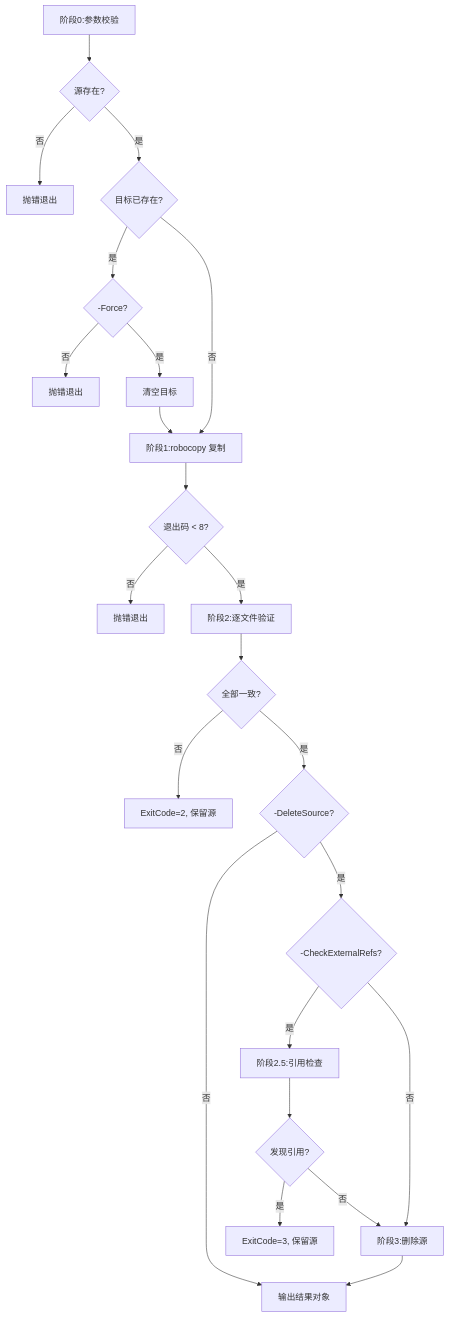
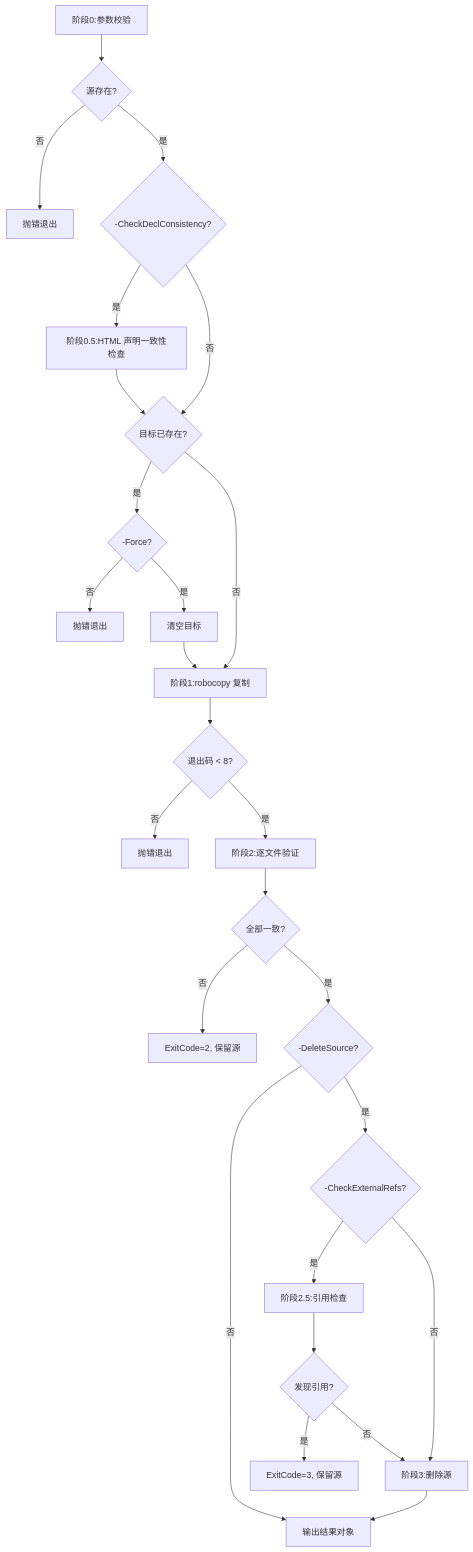
Before and after one commit to xinetzone/tao: the diagram in apps/chaos/.agents/skills/archive-folder/SKILL.md, drawn with Mermaid. The commit also changed other lines of this file and 2 other files, not shown here.

First line of the commit message:
feat(archive-folder): 升级至 v1.3.0,新增日志留存/自动命名/追加模式/HTML 声明一致性校验

````diff
--- a/apps/chaos/.agents/skills/archive-folder/SKILL.md
+++ b/apps/chaos/.agents/skills/archive-folder/SKILL.md
@@ -187,25 +242,28 @@
 ```mermaid
 flowchart TD
     A[阶段0:参数校验] --> B{源存在?}
     B -->|否| X1[抛错退出]
-    B -->|是| C{目标已存在?}
+    B -->|是| B1{-CheckDeclConsistency?}
+    B1 -->|是| B2[阶段0.5:HTML 声明一致性检查]
+    B1 -->|否| C{目标已存在?}
+    B2 --> C
     C -->|是| D{-Force?}
     D -->|否| X2[抛错退出]
     D -->|是| E[清空目标]
     C -->|否| F[阶段1:robocopy 复制]
     E --> F
     F --> G{退出码 < 8?}
     G -->|否| X3[抛错退出]
     G -->|是| H[阶段2:逐文件验证]
     H --> I{全部一致?}
     I -->|否| X4[ExitCode=2, 保留源]
     I -->|是| J{-DeleteSource?}
     J -->|否| L[输出结果对象]
     J -->|是| K{-CheckExternalRefs?}
     K -->|是| M[阶段2.5:引用检查]
     K -->|否| N[阶段3:删除源]
     M --> O{发现引用?}
     O -->|是| X5[ExitCode=3, 保留源]
     O -->|否| N
     N --> L
 ```
````
